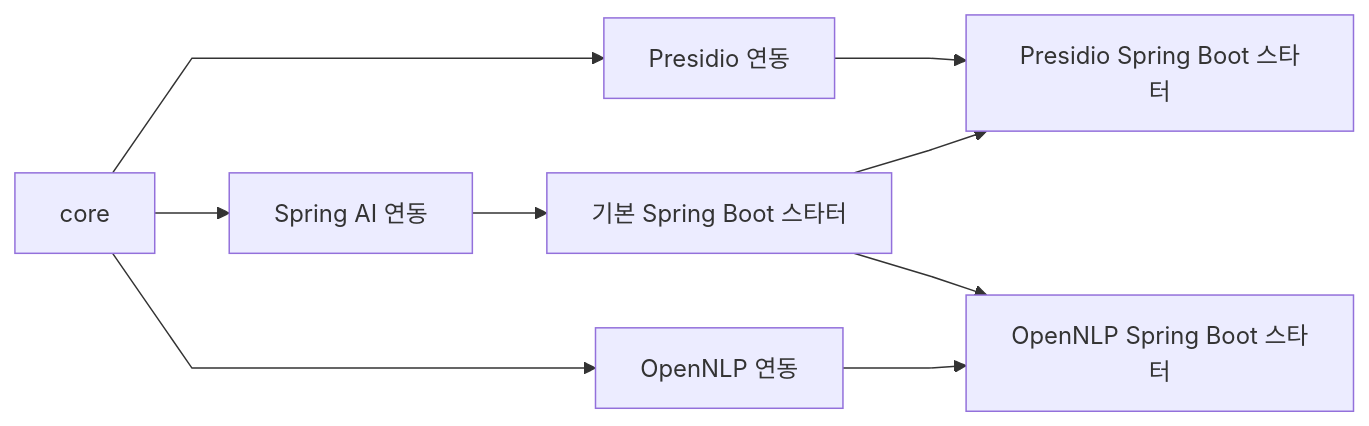
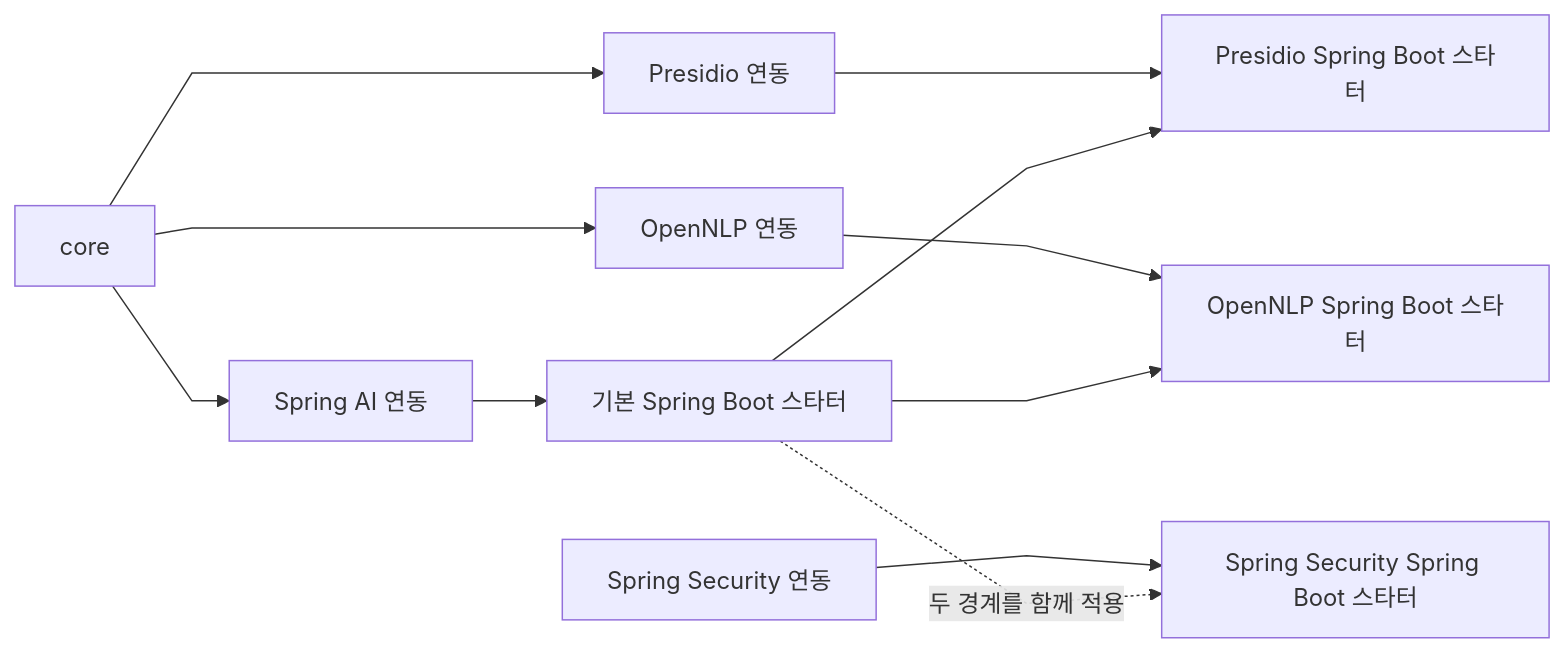
Before and after one commit to ultramancode/spring-ai-privacy-guardrails: the second of 4 diagrams in docs/ko/architecture.md, drawn with Mermaid. The commit also changed other lines of this file and 23 other files, not shown here.

First line of the commit message:
docs: document Spring Security tool authorization (#40)

````diff
--- a/docs/ko/architecture.md
+++ b/docs/ko/architecture.md
@@ -41,16 +40,19 @@
 ```mermaid
 %%{init: {"flowchart": {"curve": "linear"}}}%%
 flowchart LR
     CORE["core"]
 
     CORE --> PRES["Presidio 연동"]
     CORE --> SAI["Spring AI 연동"]
     CORE --> OPEN["OpenNLP 연동"]
+    SEC["Spring Security 연동"]
 
     PRES --> PRESBOOT["Presidio Spring Boot 스타터"]
     SAI --> BASE["기본 Spring Boot 스타터"]
     OPEN --> OPENBOOT["OpenNLP Spring Boot 스타터"]
+    SEC --> SECBOOT["Spring Security Spring Boot 스타터"]
 
     BASE --> PRESBOOT
     BASE --> OPENBOOT
+    BASE -. "두 경계를 함께 적용" .-> SECBOOT
 ```
````
